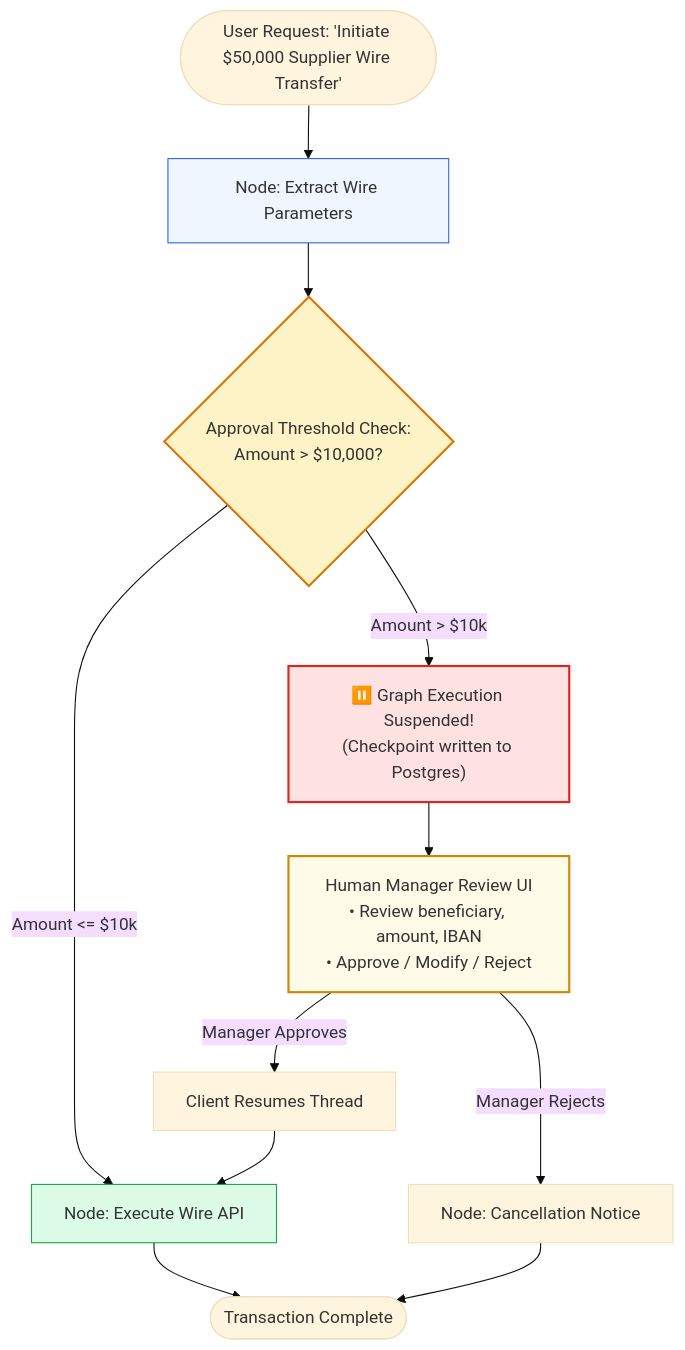
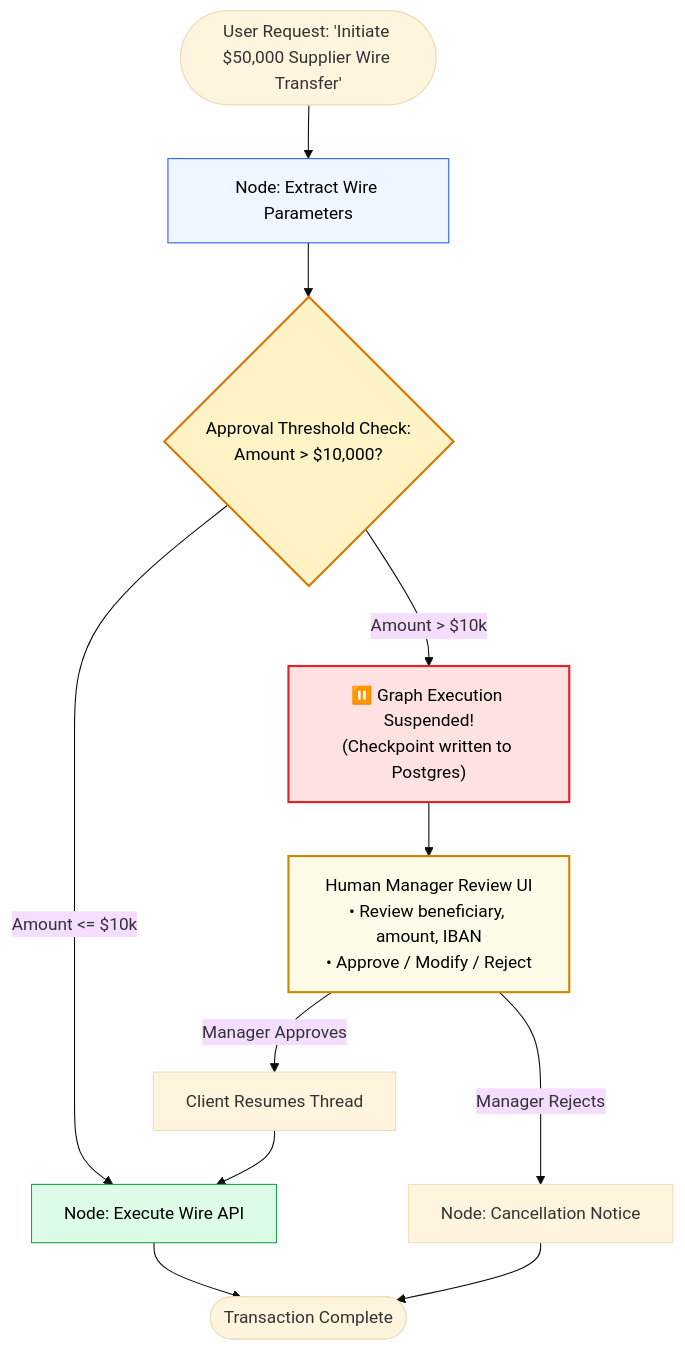
One commit to swapnil3104/RAG-Engineering changed the fifth of 6 diagrams in 07-Agentic-RAG/LangGraph-RAG.md. Above: the diagram before and after it, drawn with Mermaid (base theme). The commit also changed other lines of this file and 108 other files, not shown here.

Commit message:
fix: make chart text visible across all Mermaid diagrams and resolve markdown table formatting issues

````diff
--- a/07-Agentic-RAG/LangGraph-RAG.md
+++ b/07-Agentic-RAG/LangGraph-RAG.md
@@ -243,24 +243,24 @@
 ```mermaid
 flowchart TD
     Start([User Request: 'Initiate $50,000 Supplier Wire Transfer']) --> PlanNode[Node: Extract Wire Parameters]
     PlanNode --> CheckGate{"Approval Threshold Check:<br/>Amount > $10,000?"}
     
     CheckGate -->|"Amount <= $10k"| AutoExec[Node: Execute Wire API]
     CheckGate -->|"Amount > $10k"| InterruptPoint["⏸️ Graph Execution Suspended!<br/>(Checkpoint written to Postgres)"]
     
     InterruptPoint --> HumanInbox[Human Manager Review UI<br/>• Review beneficiary, amount, IBAN<br/>• Approve / Modify / Reject]
     
     HumanInbox -->|"Manager Approves"| ResumeTrigger[Client Resumes Thread]
     ResumeTrigger --> AutoExec
     
     HumanInbox -->|"Manager Rejects"| CancelNode[Node: Cancellation Notice]
     
     AutoExec --> EndNode([Transaction Complete])
     CancelNode --> EndNode
 
-    style PlanNode fill:#eff6ff,stroke:#2563eb,stroke-width:1px
-    style CheckGate fill:#fef3c7,stroke:#d97706,stroke-width:2px
-    style InterruptPoint fill:#fee2e2,stroke:#dc2626,stroke-width:2px
-    style HumanInbox fill:#fefce8,stroke:#ca8a04,stroke-width:2px
-    style AutoExec fill:#dcfce7,stroke:#16a34a,stroke-width:1px
+    style PlanNode fill:#eff6ff,stroke:#2563eb,stroke-width:1px,color:#000000
+    style CheckGate fill:#fef3c7,stroke:#d97706,stroke-width:2px,color:#000000
+    style InterruptPoint fill:#fee2e2,stroke:#dc2626,stroke-width:2px,color:#000000
+    style HumanInbox fill:#fefce8,stroke:#ca8a04,stroke-width:2px,color:#000000
+    style AutoExec fill:#dcfce7,stroke:#16a34a,stroke-width:1px,color:#000000
 ```
````
